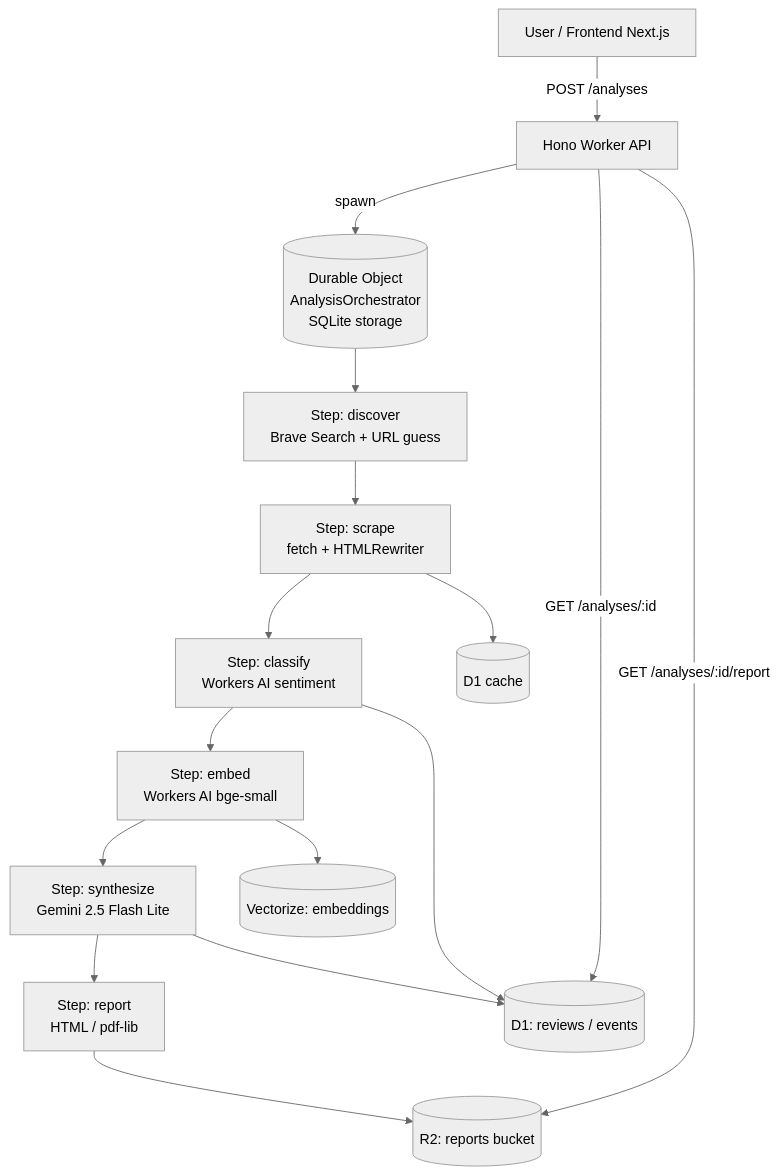
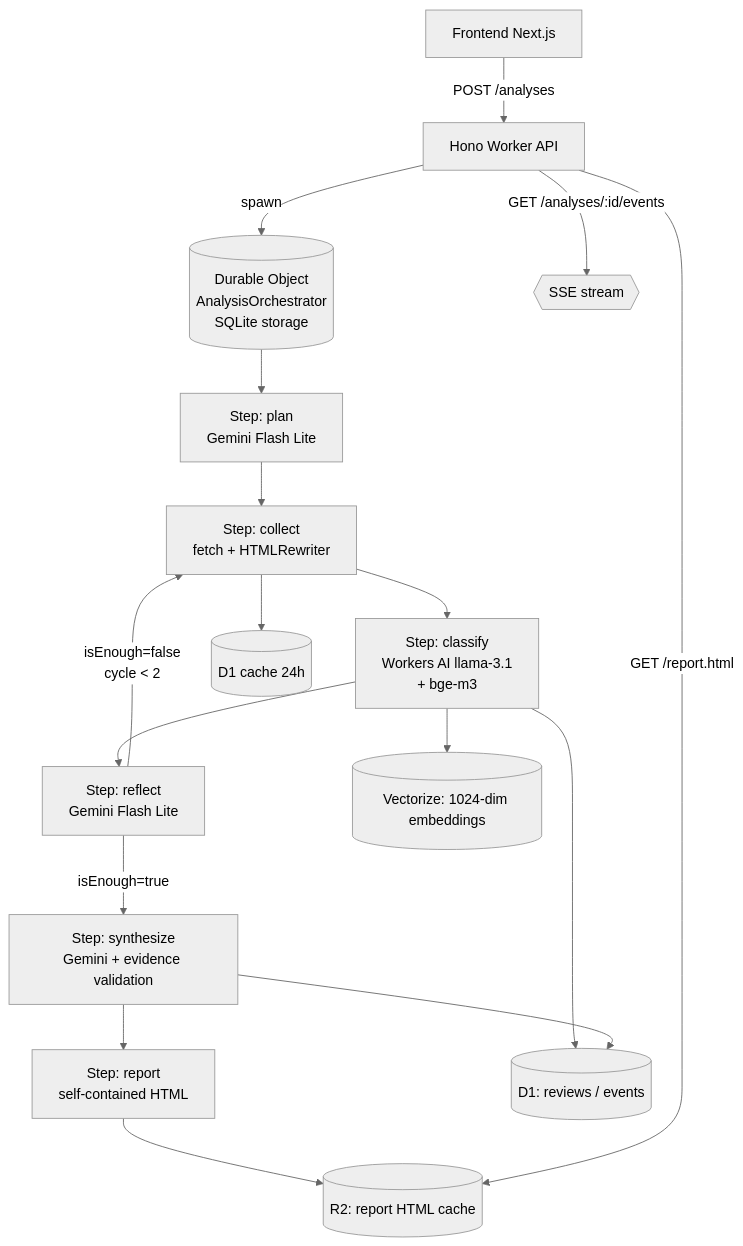
Before and after one commit to waltom/VoC-Intelligence-Agent: the diagram in README.md, drawn with Mermaid (neutral theme). The commit also changed other lines of this file and 26 other files, not shown here.

First line of the commit message:
feat: add banners, charts, and dashboard components for enhanced user experience

````diff
--- a/README.md
+++ b/README.md
@@ -12,21 +36,22 @@
 ```mermaid
 flowchart TD
-    User[User / Frontend Next.js] -->|POST /analyses| API[Hono Worker API]
+    User[Frontend Next.js] -->|POST /analyses| API[Hono Worker API]
     API -->|spawn| DO[(Durable Object<br/>AnalysisOrchestrator<br/>SQLite storage)]
 
-    DO --> Discover[Step: discover<br/>Brave Search + URL guess]
-    Discover --> Scrape[Step: scrape<br/>fetch + HTMLRewriter]
-    Scrape --> Classify[Step: classify<br/>Workers AI sentiment]
-    Classify --> Embed[Step: embed<br/>Workers AI bge-small]
-    Embed --> Synthesize[Step: synthesize<br/>Gemini 2.5 Flash Lite]
-    Synthesize --> Report[Step: report<br/>HTML / pdf-lib]
+    DO --> Plan[Step: plan<br/>Gemini Flash Lite]
+    Plan --> Scrape[Step: collect<br/>fetch + HTMLRewriter]
+    Scrape --> Classify[Step: classify<br/>Workers AI llama-3.1<br/>+ bge-m3]
+    Classify --> Reflect[Step: reflect<br/>Gemini Flash Lite]
+    Reflect -->|isEnough=false<br/>cycle < 2| Scrape
+    Reflect -->|isEnough=true| Synthesize[Step: synthesize<br/>Gemini + evidence validation]
+    Synthesize --> Report[Step: report<br/>self-contained HTML]
 
     Classify --> D1[(D1: reviews / events)]
-    Embed --> VEC[(Vectorize: embeddings)]
-    Scrape --> Cache[(D1 cache)]
+    Classify --> VEC[(Vectorize: 1024-dim embeddings)]
+    Scrape --> Cache[(D1 cache 24h)]
     Synthesize --> D1
-    Report --> R2[(R2: reports bucket)]
+    Report --> R2[(R2: report HTML cache)]
 
-    API -->|GET /analyses/:id| D1
-    API -->|GET /analyses/:id/report| R2
+    API -->|GET /analyses/:id/events| SSE{{SSE stream}}
+    API -->|GET /report.html| R2
 ```
````
